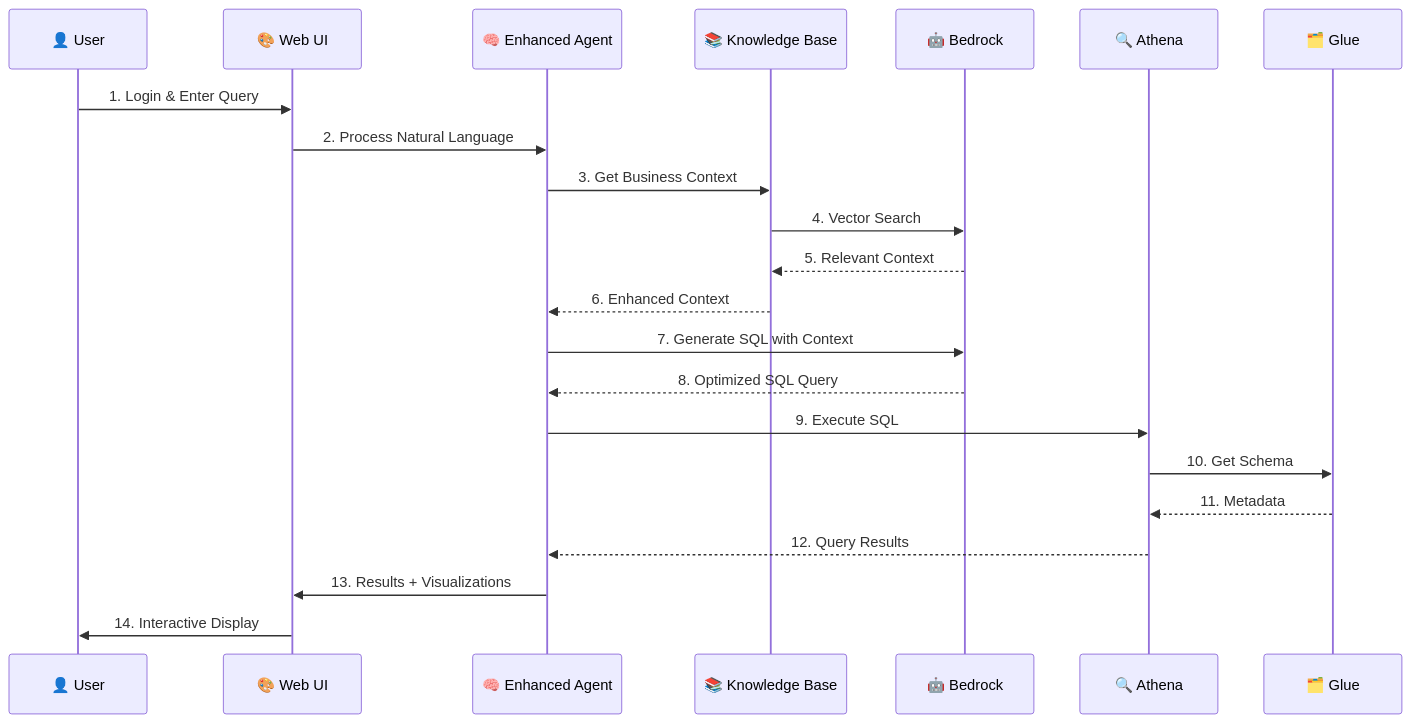
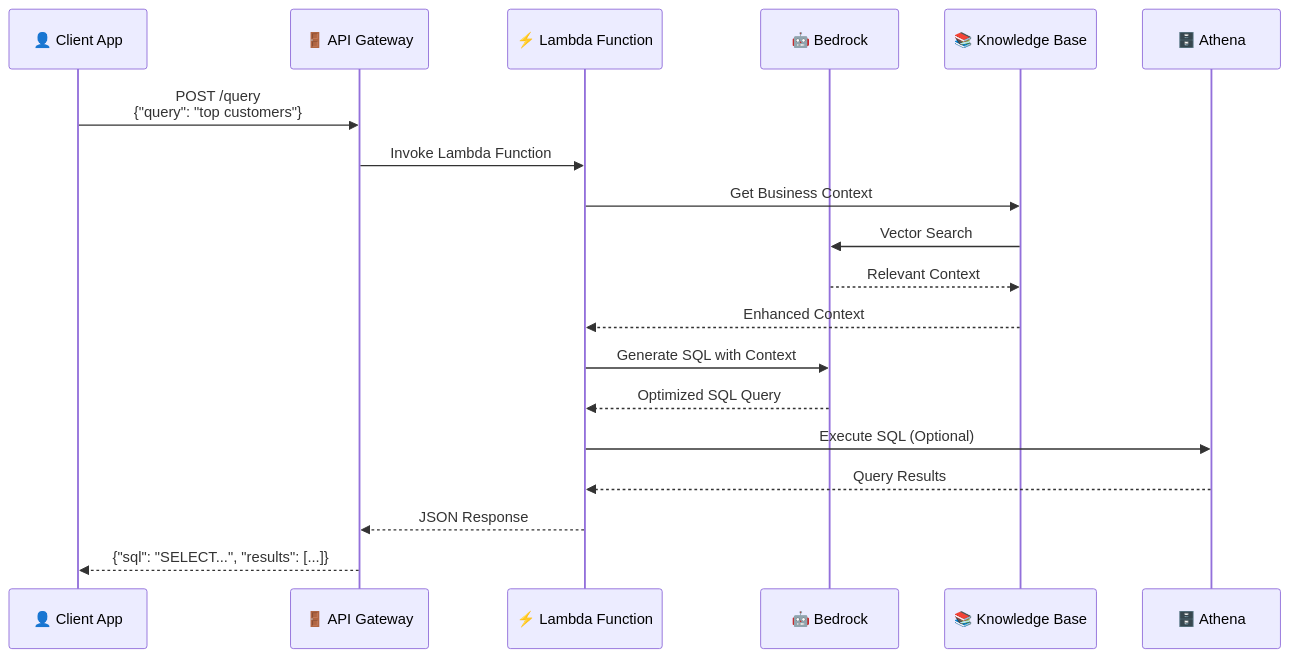
One commit to ashokkumar261261/text-to-sql-agent changed the second of 2 diagrams in README.md. Above: the diagram before and after it, drawn with Mermaid. The commit also changed other lines of this file, not shown here.

First line of the commit message:
docs: Update README to reflect serverless architecture with AWS Lambda + API Gateway

````diff
--- a/README.md
+++ b/README.md
@@ -183,25 +231,22 @@
 ```mermaid
 sequenceDiagram
-    participant U as 👤 User
-    participant UI as 🎨 Web UI
-    participant EA as 🧠 Enhanced Agent
+    participant C as 👤 Client App
+    participant AG as 🚪 API Gateway
+    participant LF as ⚡ Lambda Function
+    participant BR as 🤖 Bedrock
     participant KB as 📚 Knowledge Base
-    participant BR as 🤖 Bedrock
-    participant AT as 🔍 Athena
-    participant GL as 🗂️ Glue
+    participant AT as 🗄️ Athena
     
-    U->>UI: 1. Login & Enter Query
-    UI->>EA: 2. Process Natural Language
-    EA->>KB: 3. Get Business Context
-    KB->>BR: 4. Vector Search
-    BR-->>KB: 5. Relevant Context
-    KB-->>EA: 6. Enhanced Context
-    EA->>BR: 7. Generate SQL with Context
-    BR-->>EA: 8. Optimized SQL Query
-    EA->>AT: 9. Execute SQL
-    AT->>GL: 10. Get Schema
-    GL-->>AT: 11. Metadata
-    AT-->>EA: 12. Query Results
-    EA->>UI: 13. Results + Visualizations
-    UI->>U: 14. Interactive Display
+    C->>AG: POST /query<br/>{"query": "top customers"}
+    AG->>LF: Invoke Lambda Function
+    LF->>KB: Get Business Context
+    KB->>BR: Vector Search
+    BR-->>KB: Relevant Context
+    KB-->>LF: Enhanced Context
+    LF->>BR: Generate SQL with Context
+    BR-->>LF: Optimized SQL Query
+    LF->>AT: Execute SQL (Optional)
+    AT-->>LF: Query Results
+    LF-->>AG: JSON Response
+    AG-->>C: {"sql": "SELECT...", "results": [...]}
 ```
````
